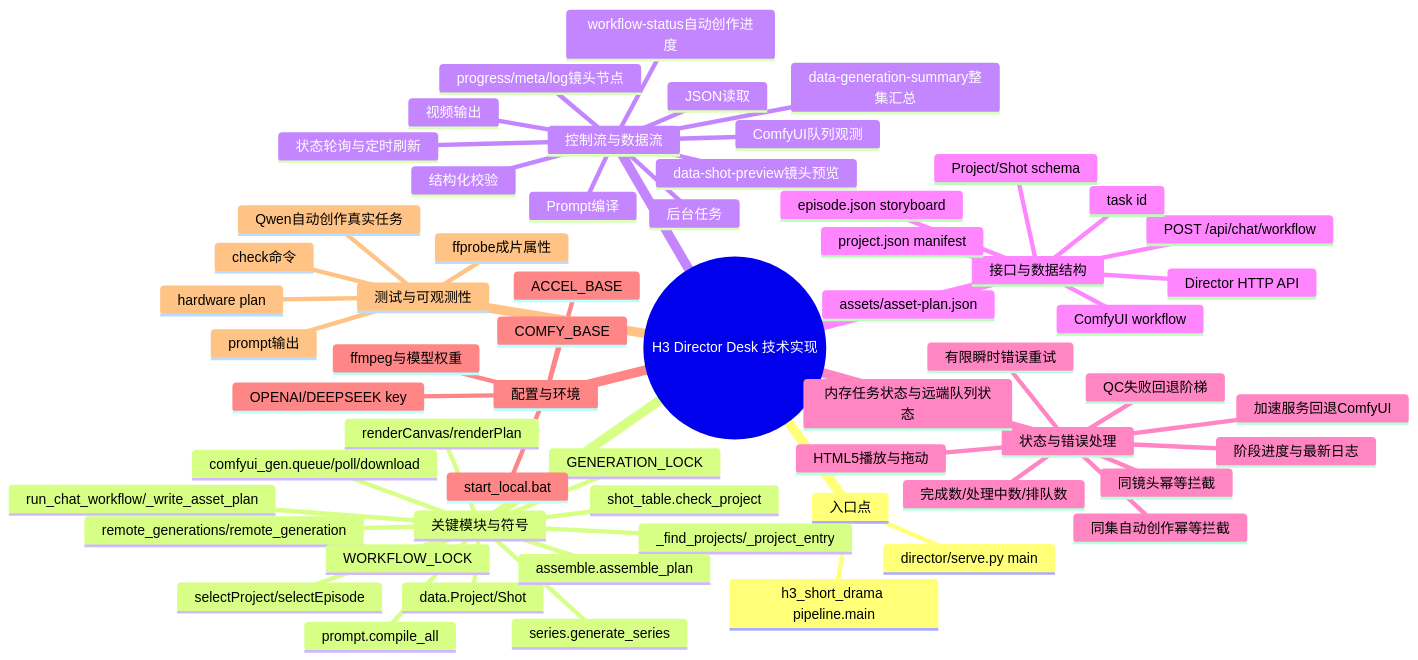
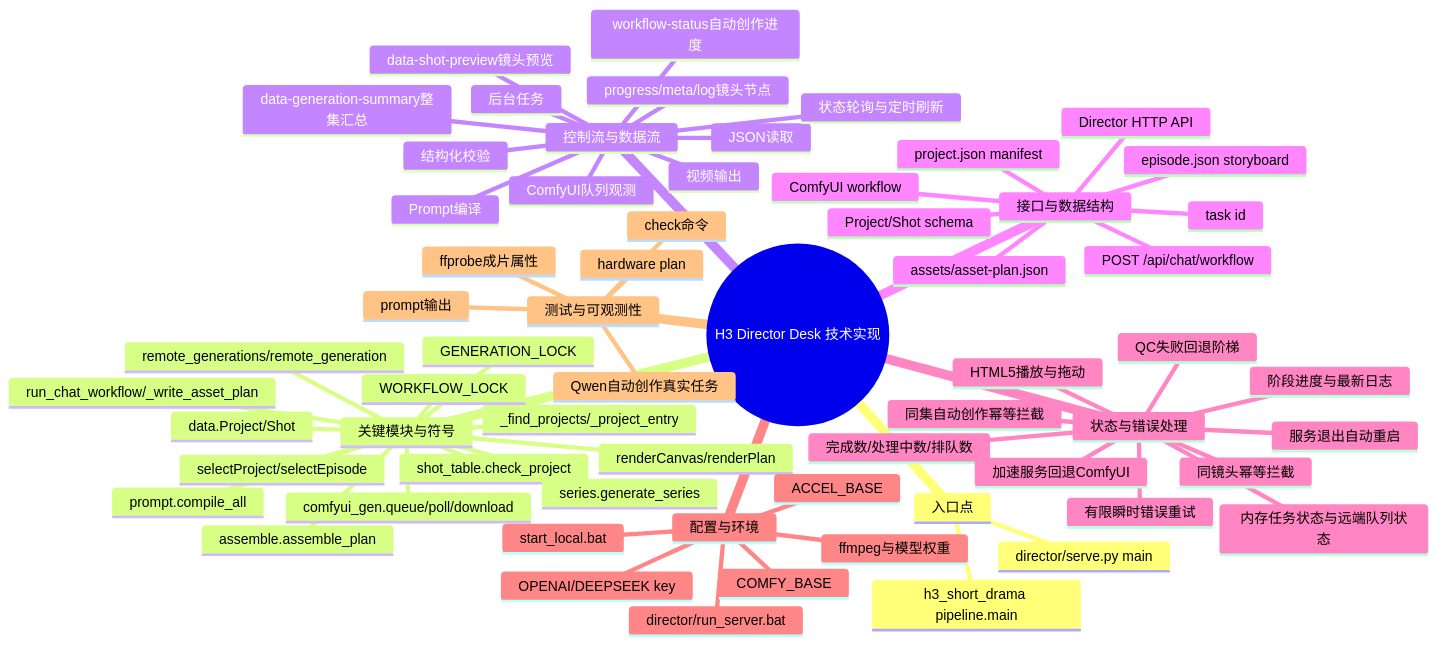
The diagram in docs/project-evolution/mindmaps/technical-implementation.md (Exalex/h3-director-desk), drawn with Mermaid before and after one commit. The commit also changed other lines of this file and 11 other files, not shown here.

````diff
--- a/docs/project-evolution/mindmaps/technical-implementation.md
+++ b/docs/project-evolution/mindmaps/technical-implementation.md
@@ -3,64 +3,66 @@
 ```mermaid
 mindmap
   root((H3 Director Desk 技术实现))
     入口点
       director/serve.py main
       h3_short_drama pipeline.main
     关键模块与符号
       _find_projects/_project_entry
       selectProject/selectEpisode
       renderCanvas/renderPlan
       data.Project/Shot
       shot_table.check_project
       prompt.compile_all
       comfyui_gen.queue/poll/download
       remote_generations/remote_generation
       GENERATION_LOCK
       run_chat_workflow/_write_asset_plan
       WORKFLOW_LOCK
       series.generate_series
       assemble.assemble_plan
     控制流与数据流
       JSON读取
       结构化校验
       Prompt编译
       后台任务
       ComfyUI队列观测
       状态轮询与定时刷新
       progress/meta/log镜头节点
       data-generation-summary整集汇总
       data-shot-preview镜头预览
       workflow-status自动创作进度
       视频输出
     接口与数据结构
       Director HTTP API
       POST /api/chat/workflow
       assets/asset-plan.json
       project.json manifest
       episode.json storyboard
       Project/Shot schema
       ComfyUI workflow
       task id
     状态与错误处理
       内存任务状态与远端队列状态
       同镜头幂等拦截
       同集自动创作幂等拦截
       阶段进度与最新日志
       完成数/处理中数/排队数
       HTML5播放与拖动
       有限瞬时错误重试
+      服务退出自动重启
       加速服务回退ComfyUI
       QC失败回退阶梯
     配置与环境
       COMFY_BASE
       ACCEL_BASE
       OPENAI/DEEPSEEK key
       ffmpeg与模型权重
       start_local.bat
+      director/run_server.bat
     测试与可观测性
       check命令
       Qwen自动创作真实任务
       hardware plan
       prompt输出
       ffprobe成片属性
 ```
````
